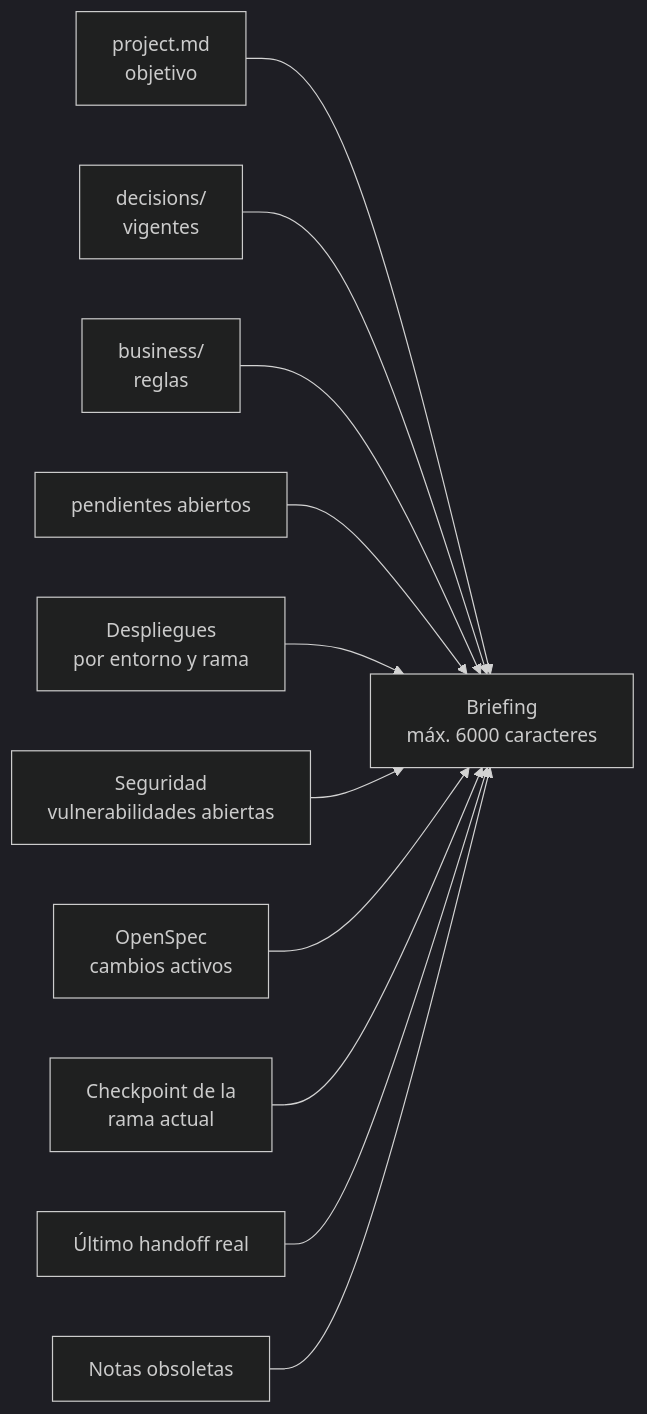
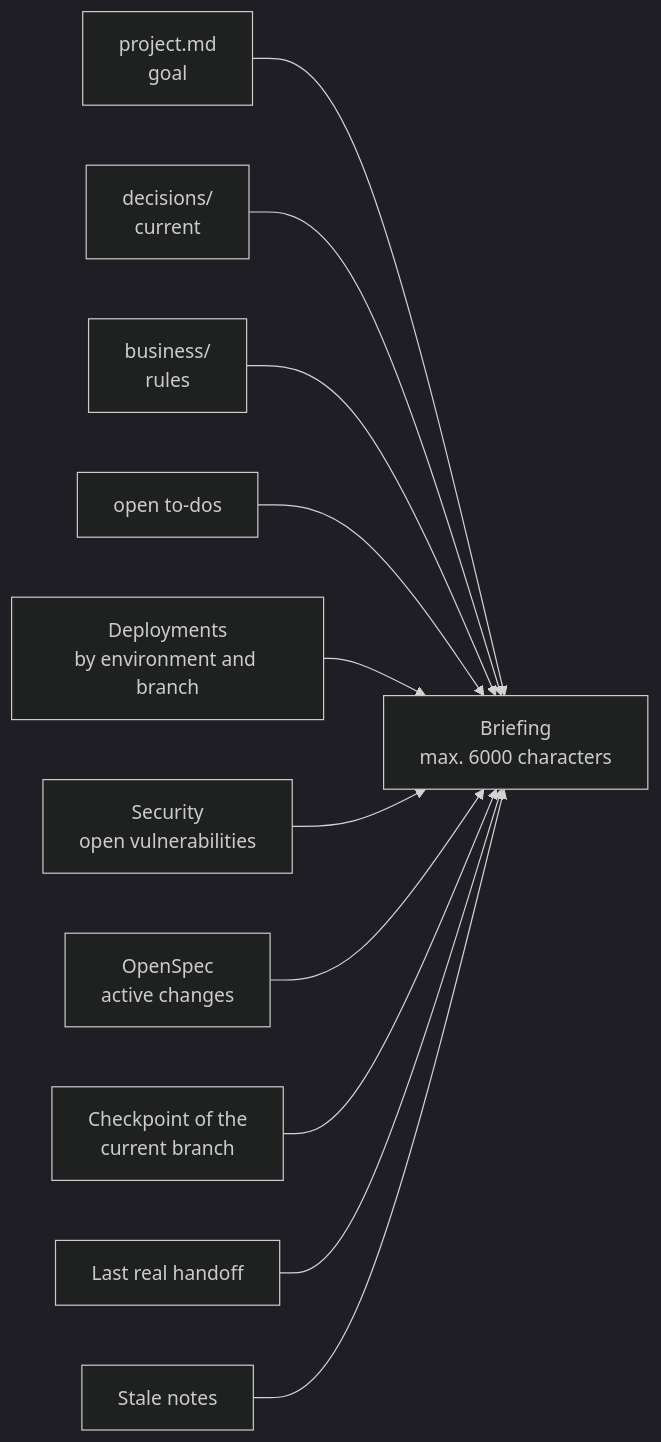
The fourth of 8 diagrams in docs/HOW_IT_WORKS.md (WRopero/Timewarden), drawn with Mermaid (dark theme) before and after one commit. The commit also changed other lines of this file and 97 other files, not shown here.

````diff
--- a/docs/HOW_IT_WORKS.md
+++ b/docs/HOW_IT_WORKS.md
@@ -70,13 +70,13 @@
 ```mermaid
 flowchart LR
-  P["project.md<br/>objetivo"] --> B["Briefing<br/>máx. 6000 caracteres"]
-  D["decisions/<br/>vigentes"] --> B
-  R["business/<br/>reglas"] --> B
-  T["pendientes abiertos"] --> B
-  DP["Despliegues<br/>por entorno y rama"] --> B
-  S["Seguridad<br/>vulnerabilidades abiertas"] --> B
-  O["OpenSpec<br/>cambios activos"] --> B
-  C["Checkpoint de la<br/>rama actual"] --> B
-  HR["Último handoff real"] --> B
-  ST["Notas obsoletas"] --> B
+  P["project.md<br/>goal"] --> B["Briefing<br/>max. 6000 characters"]
+  D["decisions/<br/>current"] --> B
+  R["business/<br/>rules"] --> B
+  T["open to-dos"] --> B
+  DP["Deployments<br/>by environment and branch"] --> B
+  S["Security<br/>open vulnerabilities"] --> B
+  O["OpenSpec<br/>active changes"] --> B
+  C["Checkpoint of the<br/>current branch"] --> B
+  HR["Last real handoff"] --> B
+  ST["Stale notes"] --> B
 ```
````
